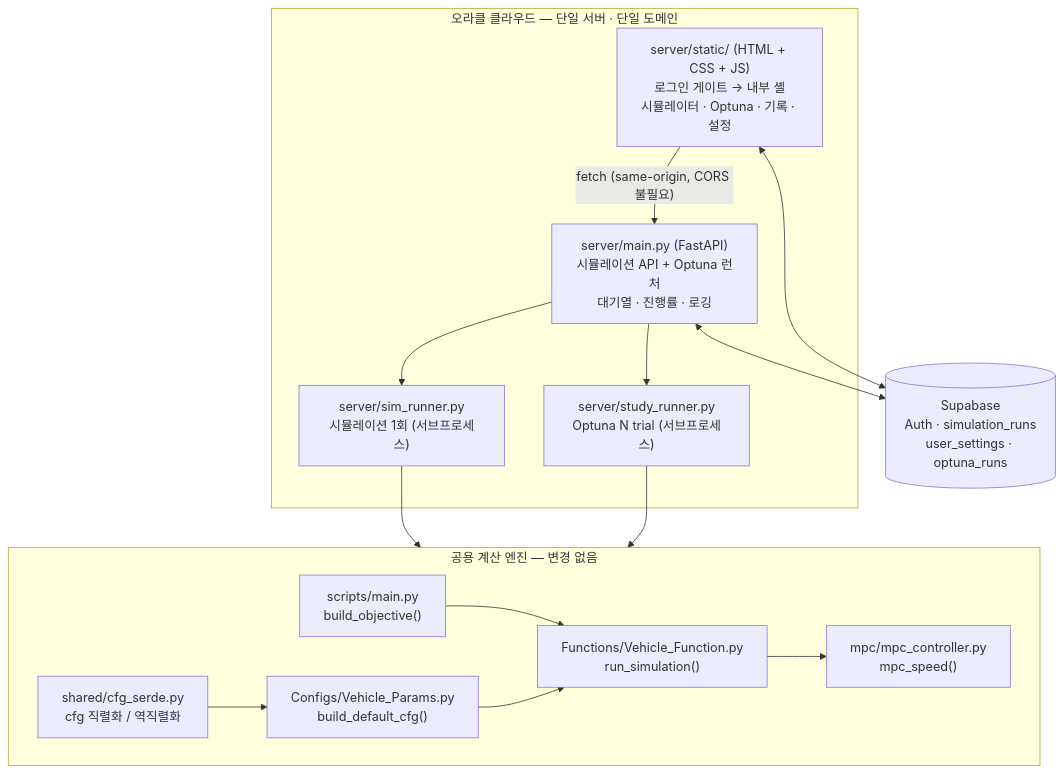
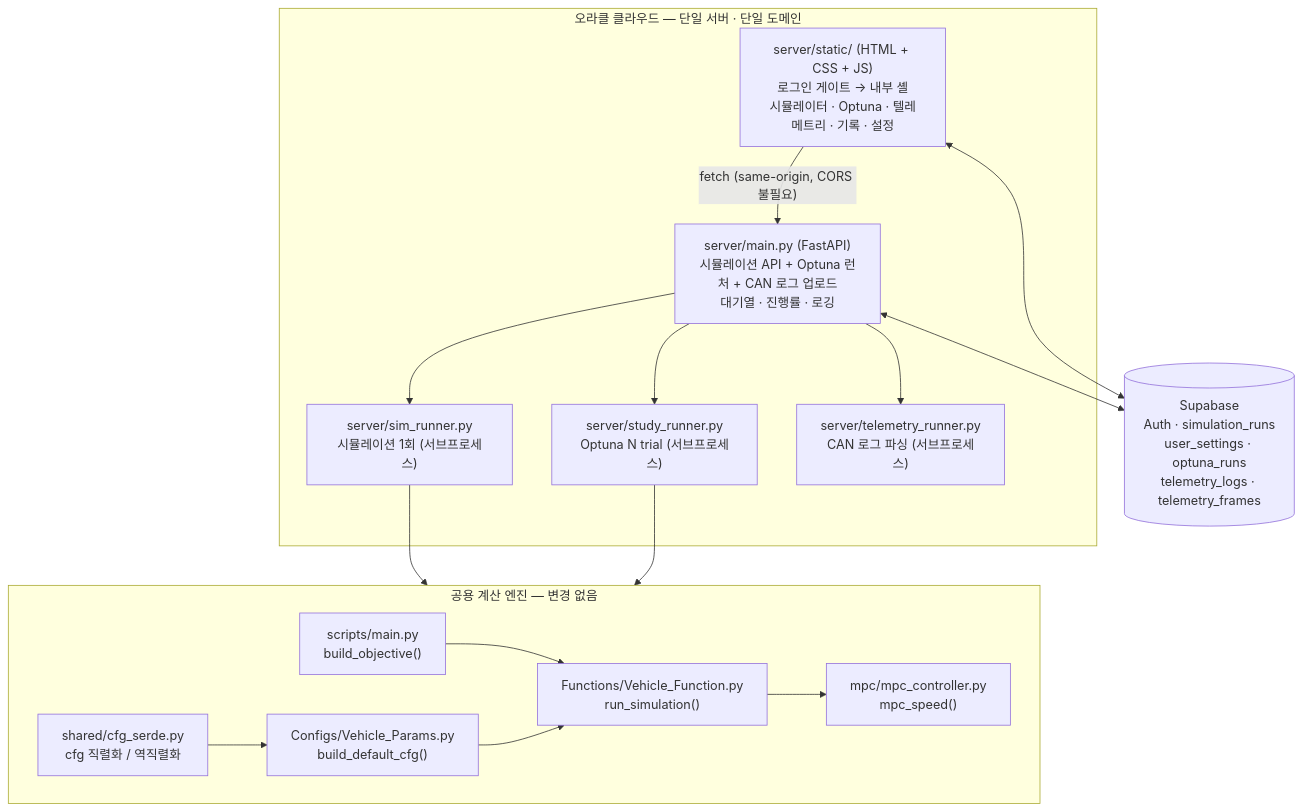
The second of 2 diagrams in README.md (Dorolong/WSC_Project), drawn with Mermaid before and after one commit. The commit also changed other lines of this file and 22 other files, not shown here.

Commit message:
feat: add CAN telemetry phase 1

````diff
--- a/README.md
+++ b/README.md
@@ -85,28 +85,30 @@
 ```mermaid
 flowchart TB
     subgraph OC["오라클 클라우드 — 단일 서버 · 단일 도메인"]
-        FE["server/static/ (HTML + CSS + JS)<br/>로그인 게이트 → 내부 셸<br/>시뮬레이터 · Optuna · 기록 · 설정"]
-        API["server/main.py (FastAPI)<br/>시뮬레이션 API + Optuna 런처<br/>대기열 · 진행률 · 로깅"]
+        FE["server/static/ (HTML + CSS + JS)<br/>로그인 게이트 → 내부 셸<br/>시뮬레이터 · Optuna · 텔레메트리 · 기록 · 설정"]
+        API["server/main.py (FastAPI)<br/>시뮬레이션 API + Optuna 런처 + CAN 로그 업로드<br/>대기열 · 진행률 · 로깅"]
         SIM["server/sim_runner.py<br/>시뮬레이션 1회 (서브프로세스)"]
         STU["server/study_runner.py<br/>Optuna N trial (서브프로세스)"]
+        TEL["server/telemetry_runner.py<br/>CAN 로그 파싱 (서브프로세스)"]
     end
     subgraph ENG["공용 계산 엔진 — 변경 없음"]
         SER["shared/cfg_serde.py<br/>cfg 직렬화 / 역직렬화"]
         CFG["Configs/Vehicle_Params.py<br/>build_default_cfg()"]
         FN["Functions/Vehicle_Function.py<br/>run_simulation()"]
         MPC["mpc/mpc_controller.py<br/>mpc_speed()"]
         OPT["scripts/main.py<br/>build_objective()"]
     end
-    DB[("Supabase<br/>Auth · simulation_runs<br/>user_settings · optuna_runs")]
+    DB[("Supabase<br/>Auth · simulation_runs<br/>user_settings · optuna_runs<br/>telemetry_logs · telemetry_frames")]
 
     FE -->|"fetch (same-origin, CORS 불필요)"| API
     API --> SIM
     API --> STU
+    API --> TEL
     SIM --> ENG
     STU --> ENG
     FE <--> DB
     API <--> DB
     OPT --> FN --> MPC
     CFG --> FN
     SER --> CFG
 ```
````
